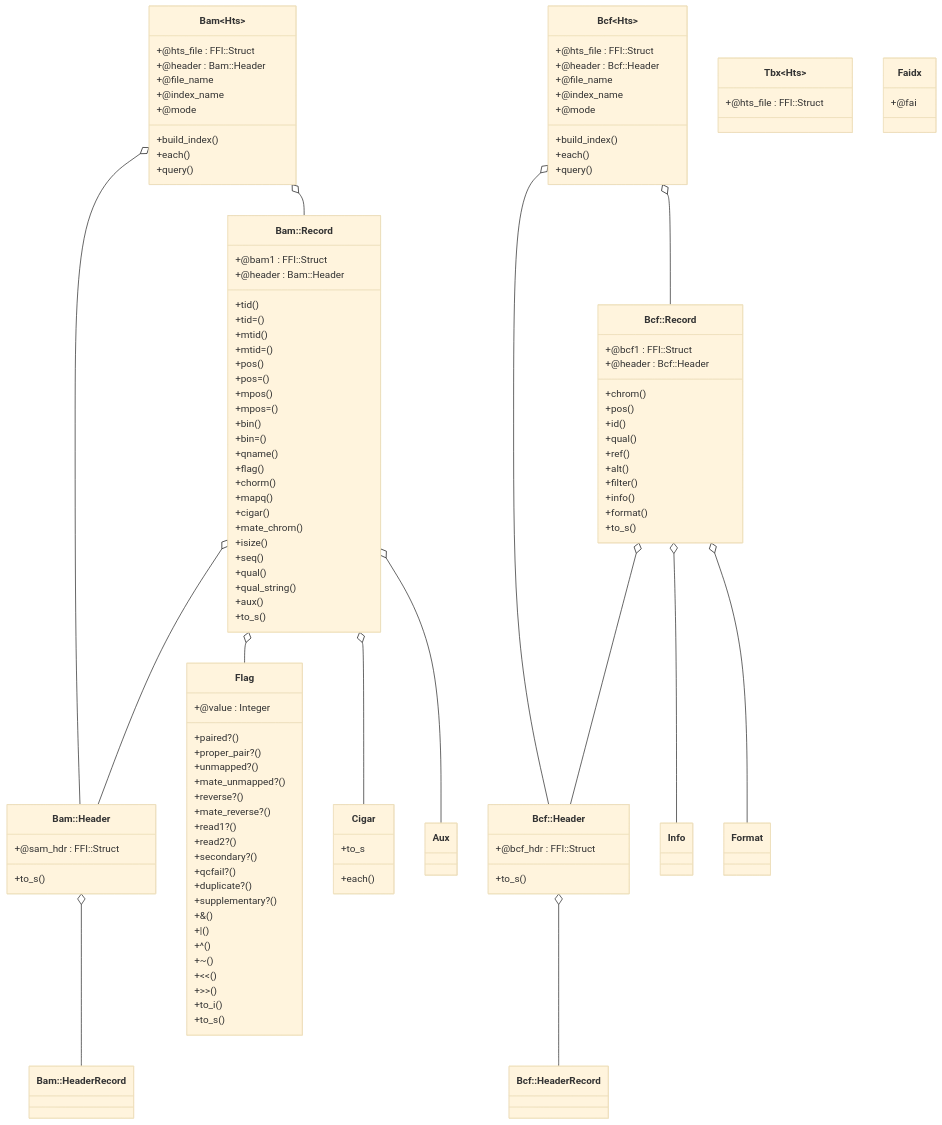
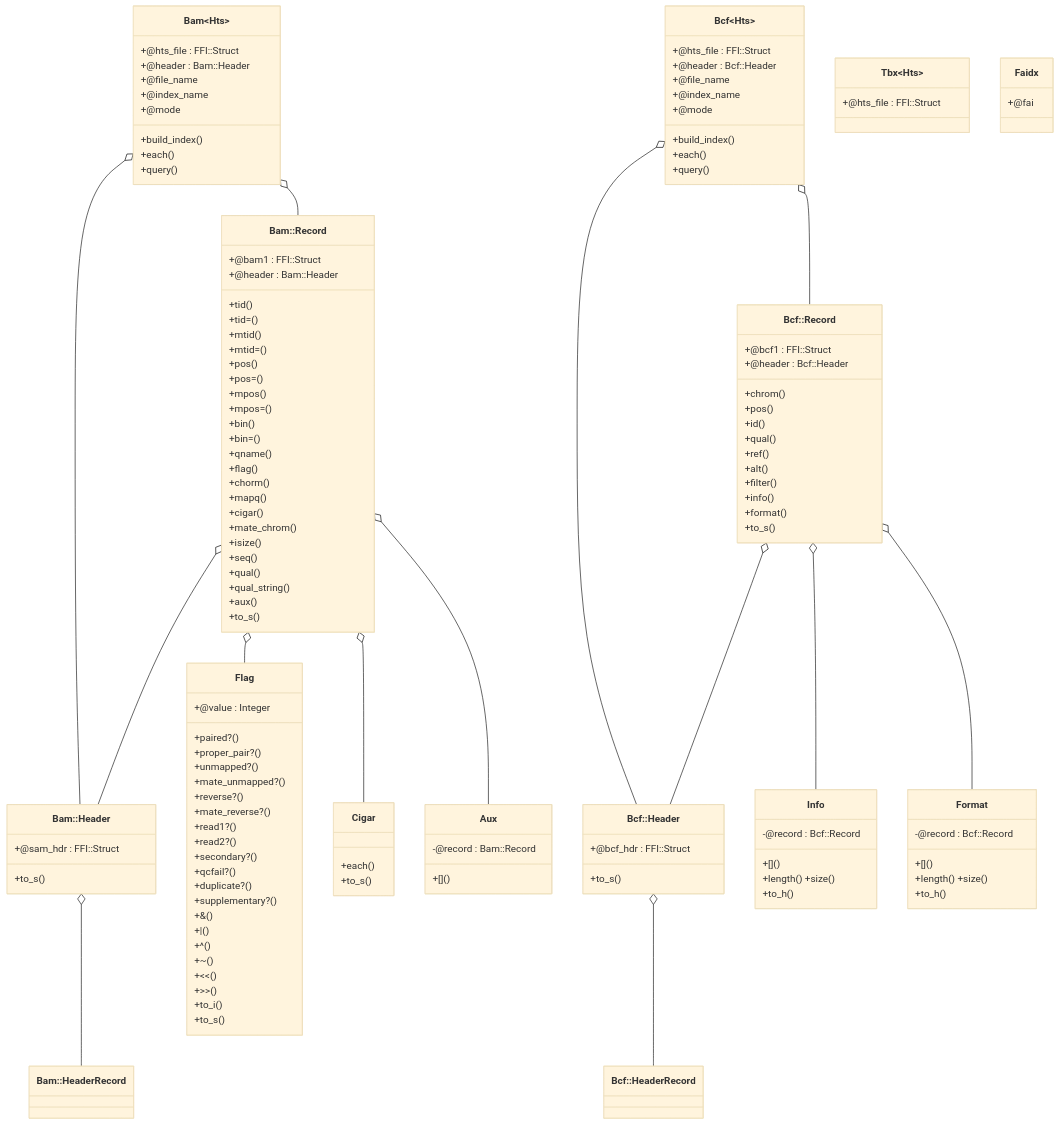
One commit to kojix2/ruby-htslib changed the diagram in TUTORIAL.md. Above: the diagram before and after it, drawn with Mermaid. The commit also changed other lines of this file, not shown here.

```diff
--- a/TUTORIAL.md
+++ b/TUTORIAL.md
@@ -69,6 +69,10 @@
   +aux()
   +to_s()
 }
+class `Aux` {
+  -@record : Bam::Record
+  +[]()
+}
 class `Bcf::Header`{
   +@bcf_hdr : FFI::Struct
   +to_s()
@@ -110,9 +114,21 @@
   +to_i()
   +to_s()
 }
+class Info {
+  -@record : Bcf::Record
+  +[]()
+  +length() +size()
+  +to_h()
+}
+class Format {
+  -@record : Bcf::Record
+  +[]()
+  +length() +size()
+  +to_h()
+}
 class Cigar {
   +each()
-  +to_s
+  +to_s()
 }
 class Faidx{
   +@fai
```
